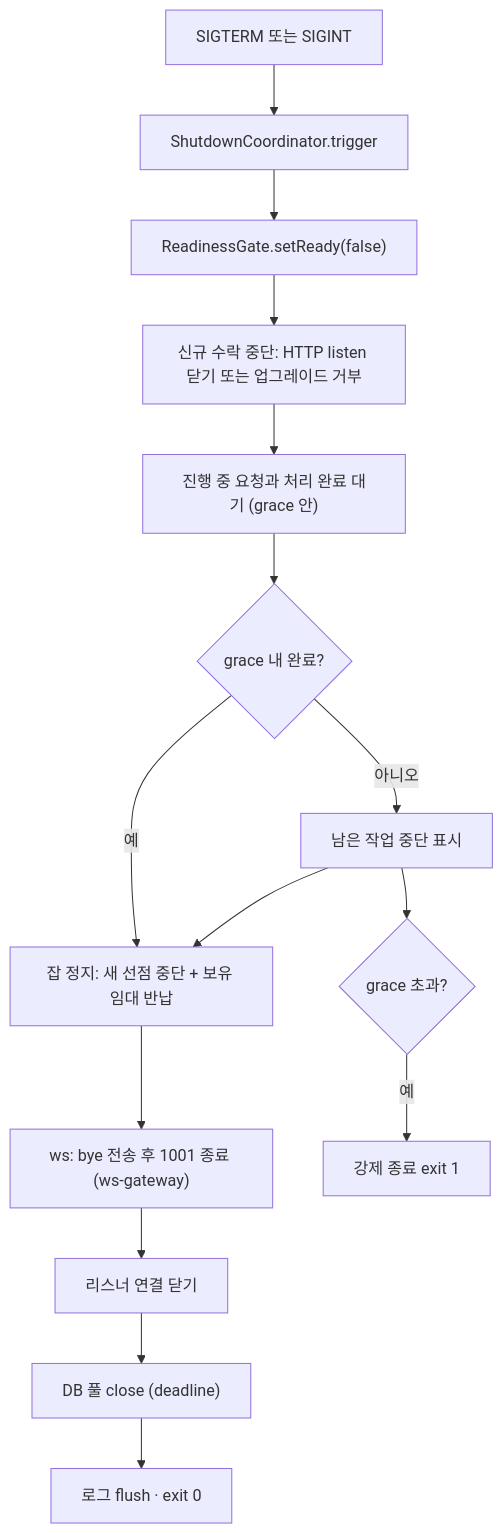
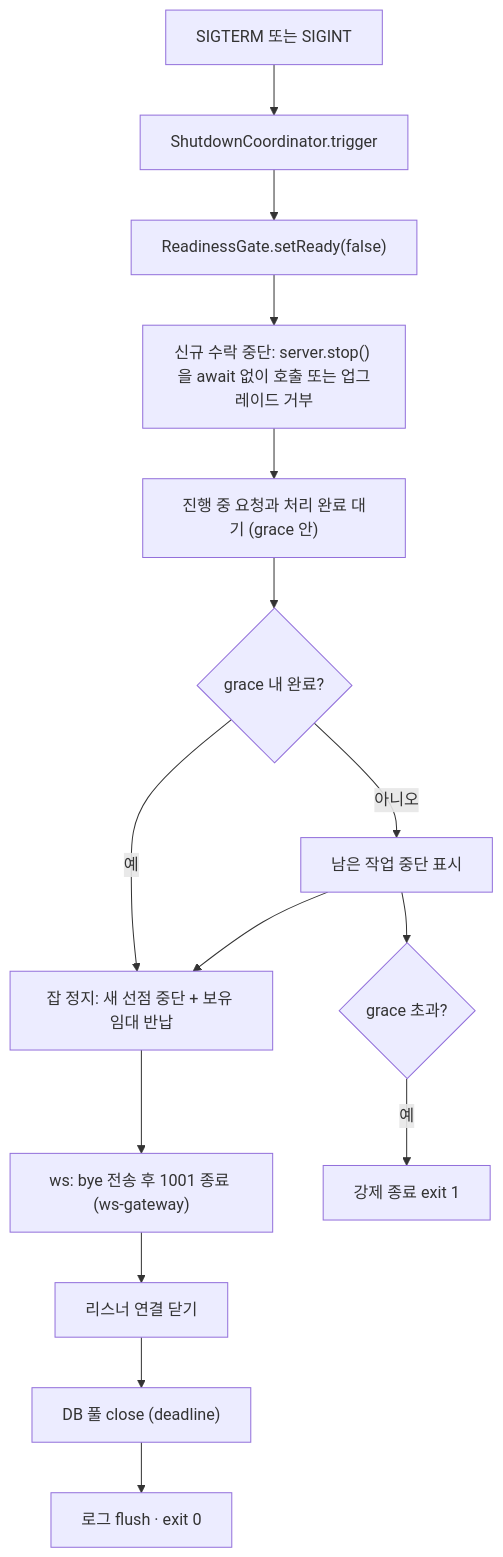
Diagram 20 of 33 in docs/design/features/16-cross-cutting.md (1985jwlee/portpolio_backend), drawn with Mermaid before and after one commit. The commit also changed other lines of this file and 33 other files, not shown here.

````diff
--- a/docs/design/features/16-cross-cutting.md
+++ b/docs/design/features/16-cross-cutting.md
@@ -1068,17 +1086,17 @@
 ```mermaid
 flowchart TD
     S["SIGTERM 또는 SIGINT"] --> A["ShutdownCoordinator.trigger"]
     A --> B["ReadinessGate.setReady(false)"]
-    B --> C["신규 수락 중단: HTTP listen 닫기 또는 업그레이드 거부"]
+    B --> C["신규 수락 중단: server.stop() 을 await 없이 호출 또는 업그레이드 거부"]
     C --> D["진행 중 요청과 처리 완료 대기 (grace 안)"]
     D --> E{"grace 내 완료?"}
     E -- "예" --> F
     E -- "아니오" --> G["남은 작업 중단 표시"]
     G --> F["잡 정지: 새 선점 중단 + 보유 임대 반납"]
     F --> H["ws: bye 전송 후 1001 종료 (ws-gateway)"]
     H --> I["리스너 연결 닫기"]
     I --> J["DB 풀 close (deadline)"]
     J --> K["로그 flush · exit 0"]
     G --> L{"grace 초과?"}
     L -- "예" --> M["강제 종료 exit 1"]
 ```
````
